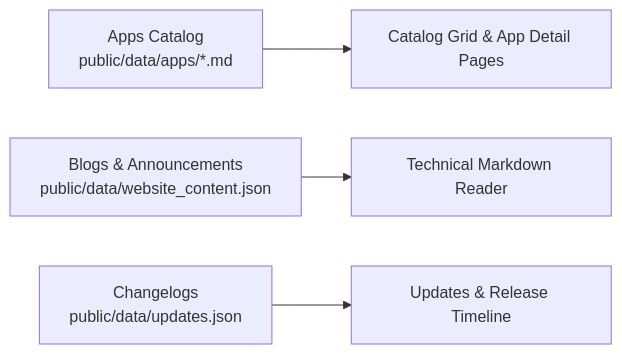
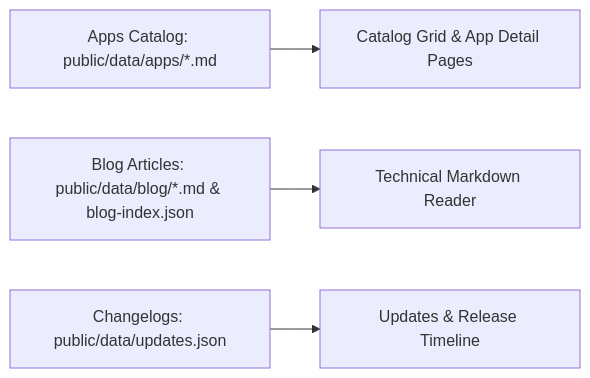
One commit to EG1DOTIN/eg1.in changed the second of 5 diagrams in docs/DEVELOPER_GUIDE.md. Above: the diagram before and after it, drawn with Mermaid. The commit also changed other lines of this file and 6 other files, not shown here.

````diff
--- a/docs/DEVELOPER_GUIDE.md
+++ b/docs/DEVELOPER_GUIDE.md
@@ -107,6 +107,6 @@
 ```mermaid
 flowchart LR
-    Apps["Apps Catalog<br/>public/data/apps/*.md"] --> WebApp["Catalog Grid & App Detail Pages"]
-    Blogs["Blogs & Announcements<br/>public/data/website_content.json"] --> BlogReader["Technical Markdown Reader"]
-    Updates["Changelogs<br/>public/data/updates.json"] --> UpdatesFeed["Updates & Release Timeline"]
+    Apps["Apps Catalog: public/data/apps/*.md"] --> WebApp["Catalog Grid & App Detail Pages"]
+    Blogs["Blog Articles: public/data/blog/*.md & blog-index.json"] --> BlogReader["Technical Markdown Reader"]
+    Updates["Changelogs: public/data/updates.json"] --> UpdatesFeed["Updates & Release Timeline"]
 ```
````
